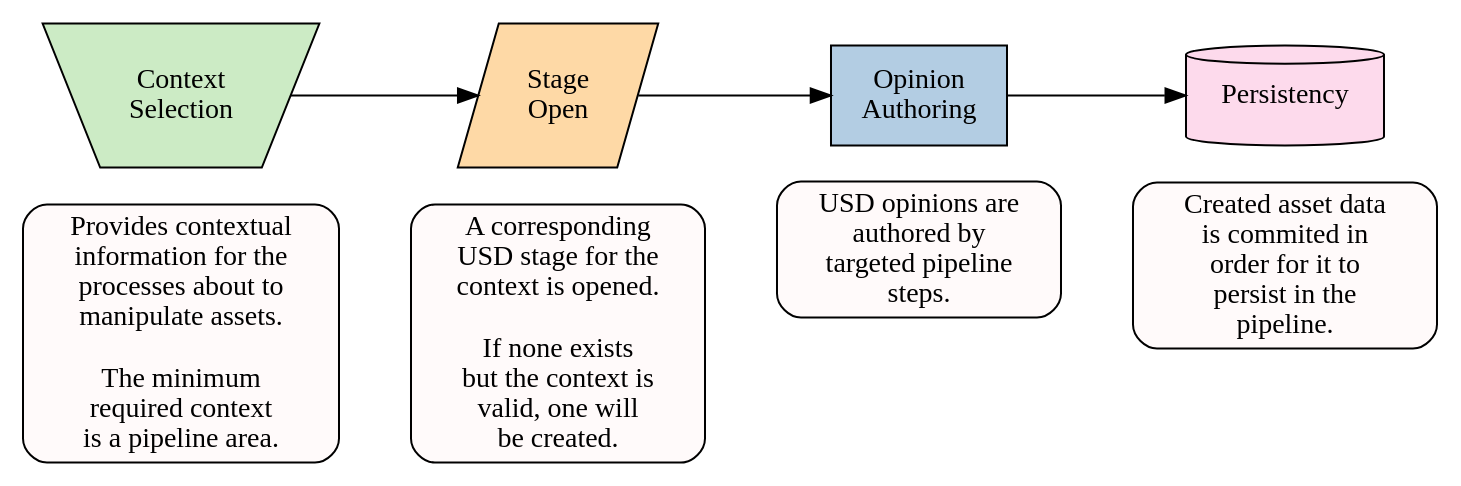
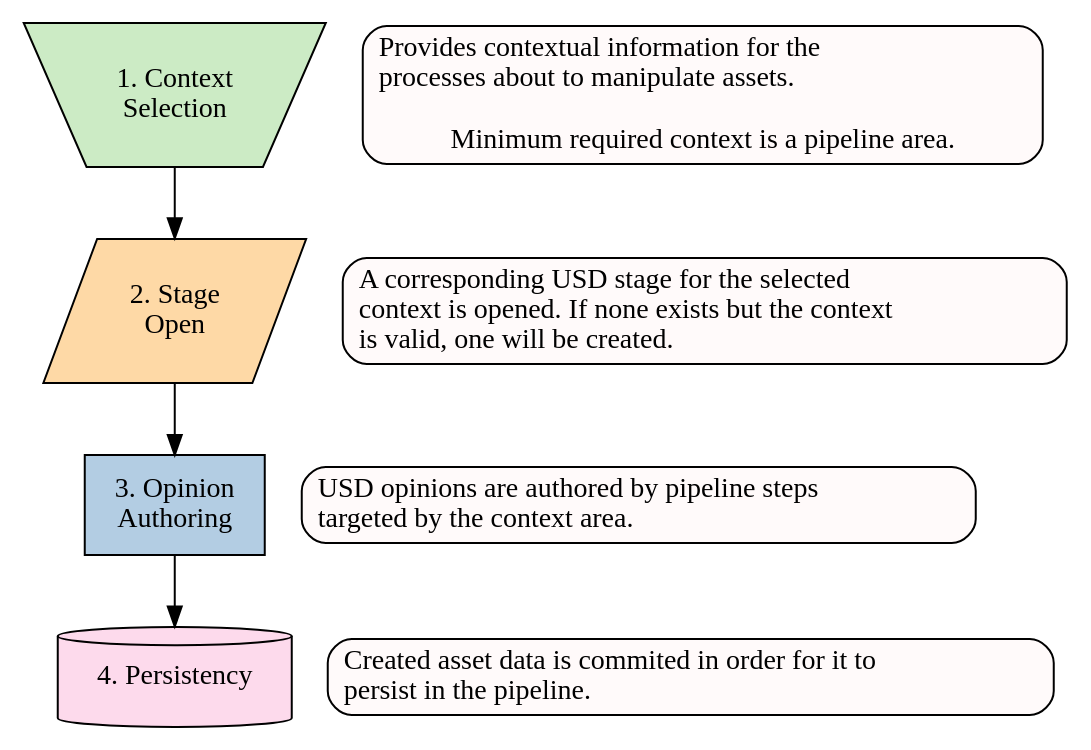
The diagram in docs/source/data_creation.dot (thegrill/grill), drawn with Graphviz before and after one commit.

Commit message:
data creation is now vertical

```diff
--- a/docs/source/data_creation.dot
+++ b/docs/source/data_creation.dot
@@ -1,26 +1,25 @@
 digraph data_creation {
     bgcolor=invis
-    rankdir=LR
     {
         node [shape=box style="rounded,filled" fillcolor=snow]
         context_description stage_description opinion_description persistency_description
-        context_description [label="Provides contextual\ninformation for the\nprocesses about to\nmanipulate assets.\n\nThe minimum\nrequired context\nis a pipeline area.\n"]
-        stage_description [label="A corresponding\nUSD stage for the\ncontext is opened.\n\nIf none exists\nbut the context is\nvalid, one will\nbe created.\n"]
-        opinion_description [label="USD opinions are\nauthored by\ntargeted pipeline\nsteps.\n"]
-        persistency_description [label="Created asset data\nis commited in\norder for it to\npersist in the\npipeline.\n"]
+        context_description [label="Provides contextual information for the\lprocesses about to manipulate assets.\l\lMinimum required context is a pipeline area.\n"]
+        stage_description [label="A corresponding USD stage for the selected\lcontext is opened. If none exists but the context\lis valid, one will be created.\l"]
+        opinion_description [label="USD opinions are authored by pipeline steps\ltargeted by the context area.\l"]
+        persistency_description [label="Created asset data is commited in order for it to\lpersist in the pipeline.\l"]
     }
     node [colorscheme=pastel19 style=filled]
-    context [shape=invtrapezium fillcolor=3 label="Context\nSelection" height=1]
-    stage [shape=parallelogram label="Stage\nOpen" height=1 fillcolor=5]
-    opinion [shape=box label="Opinion\nAuthoring" height=0.7 width=1.2 fillcolor=2]
-    persistency [shape=cylinder label=Persistency height=0.7 width=1.2 fillcolor=8]
+    context [shape=invtrapezium fillcolor=3 label="1. Context\nSelection" height=1]
+    stage [shape=parallelogram label="2. Stage\nOpen" height=1 fillcolor=5]
+    opinion [shape=box label="3. Opinion\nAuthoring" height=0.7 width=1.2 fillcolor=2]
+    persistency [shape=cylinder label="4. Persistency" height=0.7 width=1.2 fillcolor=8]
     context -> stage -> opinion -> persistency
     context -> context_description [style=invis]
     {rank=same context context_description}
     stage -> stage_description [style=invis]
     {rank=same stage stage_description}
     opinion -> opinion_description [style=invis]
     {rank=same opinion opinion_description}
     persistency -> persistency_description [style=invis]
     {rank=same persistency persistency_description}
 }
```
